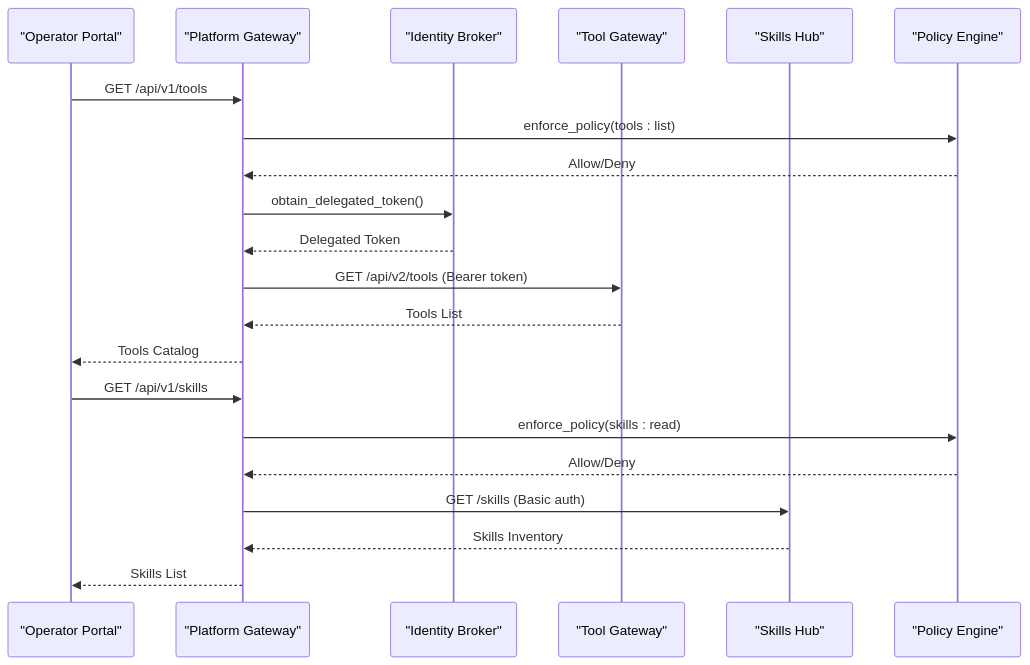
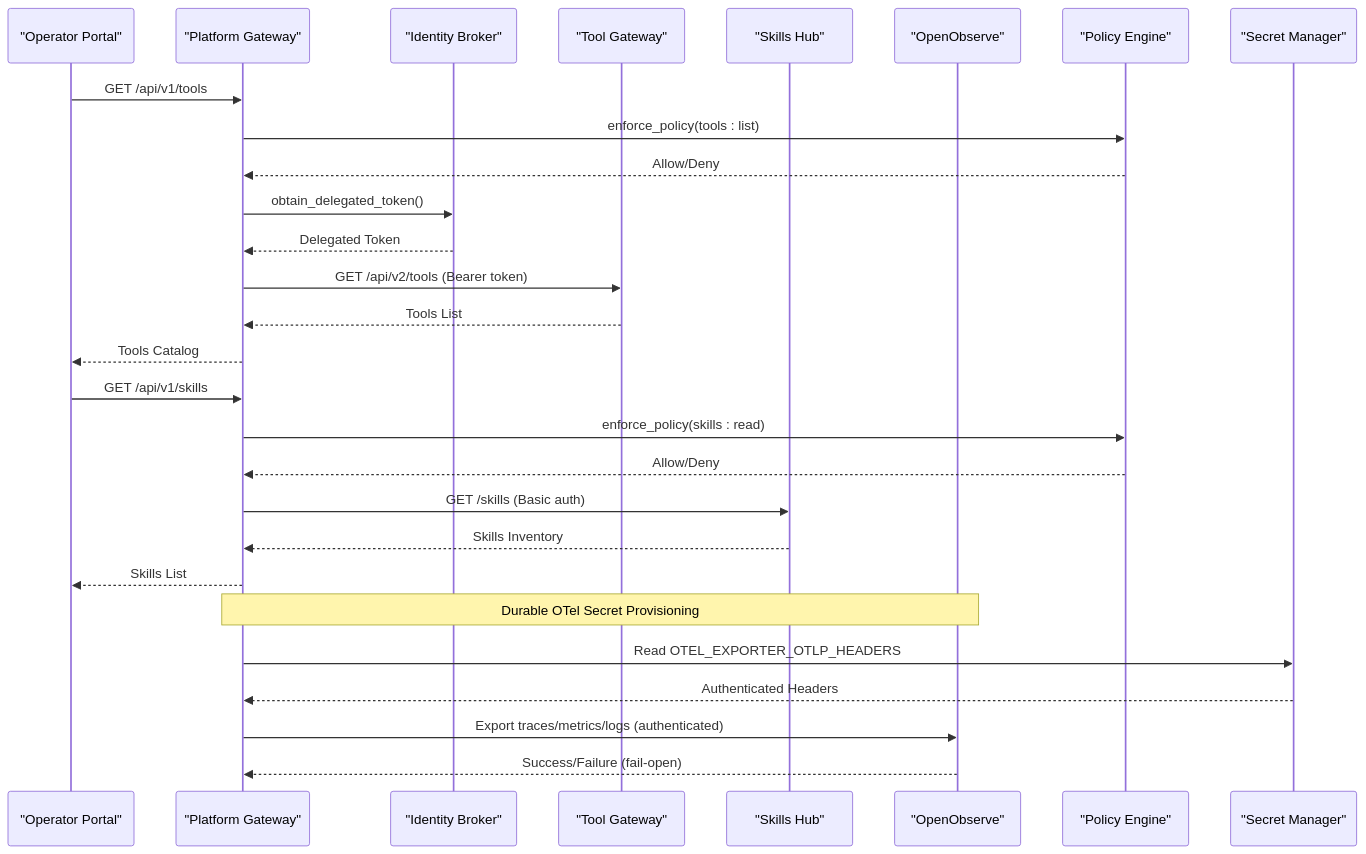
One commit to metasync/luban-aiops changed the second of 9 diagrams in .qoder/repowiki/en/content/Tool Gateway Service/Configuration and Environment Setup.md. Above: the diagram before and after it, drawn with Mermaid. The commit also changed other lines of this file and 4 other files, not shown here.

````diff
--- a/.qoder/repowiki/en/content/Tool Gateway Service/Configuration and Environment Setup.md
+++ b/.qoder/repowiki/en/content/Tool Gateway Service/Configuration and Environment Setup.md
@@ -136,23 +161,30 @@
 ```mermaid
 sequenceDiagram
 participant Portal as "Operator Portal"
 participant Gateway as "Platform Gateway"
 participant Identity as "Identity Broker"
 participant Tools as "Tool Gateway"
 participant Skills as "Skills Hub"
+participant OTel as "OpenObserve"
 participant Policy as "Policy Engine"
+participant Secrets as "Secret Manager"
 Portal->>Gateway : GET /api/v1/tools
 Gateway->>Policy : enforce_policy(tools : list)
 Policy-->>Gateway : Allow/Deny
 Gateway->>Identity : obtain_delegated_token()
 Identity-->>Gateway : Delegated Token
 Gateway->>Tools : GET /api/v2/tools (Bearer token)
 Tools-->>Gateway : Tools List
 Gateway-->>Portal : Tools Catalog
 Portal->>Gateway : GET /api/v1/skills
 Gateway->>Policy : enforce_policy(skills : read)
 Policy-->>Gateway : Allow/Deny
 Gateway->>Skills : GET /skills (Basic auth)
 Skills-->>Gateway : Skills Inventory
 Gateway-->>Portal : Skills List
+Note over Gateway,OTel : Durable OTel Secret Provisioning
+Gateway->>Secrets : Read OTEL_EXPORTER_OTLP_HEADERS
+Secrets-->>Gateway : Authenticated Headers
+Gateway->>OTel : Export traces/metrics/logs (authenticated)
+OTel-->>Gateway : Success/Failure (fail-open)
 ```
````
